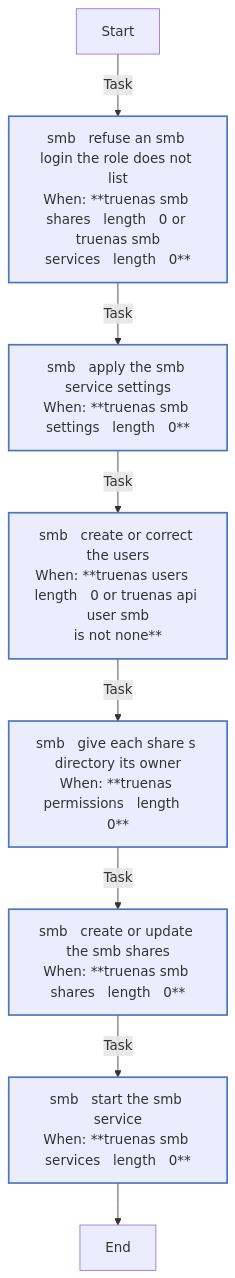
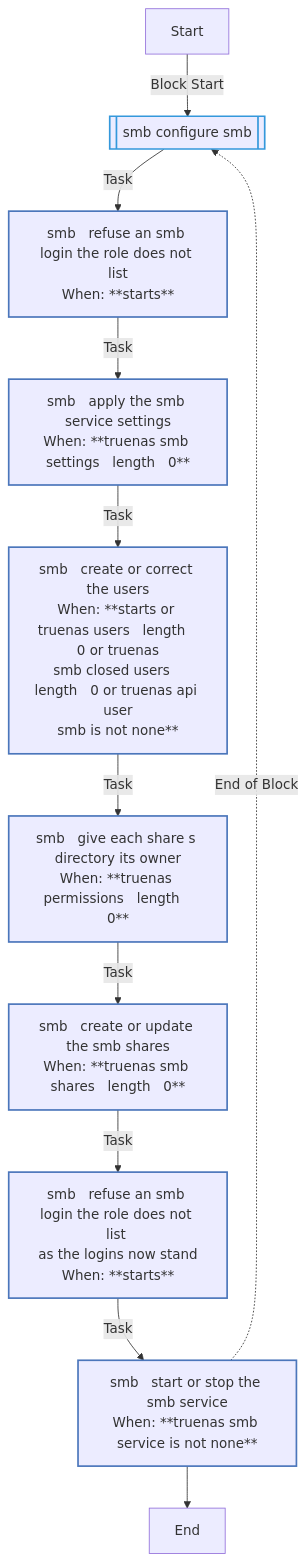
One commit to kawadeomkar/homeserver changed the ninth of 13 diagrams in roles/truenas/REFERENCE.md. Above: the diagram before and after it, drawn with Mermaid. The commit also changed other lines of this file and 14 other files, not shown here.

````diff
--- a/roles/truenas/REFERENCE.md
+++ b/roles/truenas/REFERENCE.md
@@ -1000,20 +1003,23 @@
 ```mermaid
 flowchart TD
 Start
 classDef block stroke:#3498db,stroke-width:2px;
 classDef task stroke:#4b76bb,stroke-width:2px;
 classDef includeTasks stroke:#16a085,stroke-width:2px;
 classDef importTasks stroke:#34495e,stroke-width:2px;
 classDef includeRole stroke:#2980b9,stroke-width:2px;
 classDef importRole stroke:#699ba7,stroke-width:2px;
 classDef includeVars stroke:#8e44ad,stroke-width:2px;
 classDef rescue stroke:#665352,stroke-width:2px;
 
-  Start-->|Task| smb___Refuse_an_SMB_login_the_role_does_not_list0[smb   refuse an smb login the role does not list<br>When: **truenas smb shares   length   0 or truenas smb<br>services   length   0**]:::task
+  Start-->|Block Start| smb___Configure_SMB0_block_start_0[[smb   configure smb]]:::block
+  smb___Configure_SMB0_block_start_0-->|Task| smb___Refuse_an_SMB_login_the_role_does_not_list0[smb   refuse an smb login the role does not list<br>When: **starts**]:::task
   smb___Refuse_an_SMB_login_the_role_does_not_list0-->|Task| smb___Apply_the_SMB_service_settings1[smb   apply the smb service settings<br>When: **truenas smb settings   length   0**]:::task
-  smb___Apply_the_SMB_service_settings1-->|Task| smb___Create_or_correct_the_users2[smb   create or correct the users<br>When: **truenas users   length   0 or truenas api user smb<br>is not none**]:::task
+  smb___Apply_the_SMB_service_settings1-->|Task| smb___Create_or_correct_the_users2[smb   create or correct the users<br>When: **starts or truenas users   length   0 or truenas<br>smb closed users   length   0 or truenas api user<br>smb is not none**]:::task
   smb___Create_or_correct_the_users2-->|Task| smb___Give_each_share_s_directory_its_owner3[smb   give each share s directory its owner<br>When: **truenas permissions   length   0**]:::task
   smb___Give_each_share_s_directory_its_owner3-->|Task| smb___Create_or_update_the_SMB_shares4[smb   create or update the smb shares<br>When: **truenas smb shares   length   0**]:::task
-  smb___Create_or_update_the_SMB_shares4-->|Task| smb___Start_the_SMB_service5[smb   start the smb service<br>When: **truenas smb services   length   0**]:::task
-  smb___Start_the_SMB_service5-->End
+  smb___Create_or_update_the_SMB_shares4-->|Task| smb___Refuse_an_SMB_login_the_role_does_not_list__as_the_logins_now_stand5[smb   refuse an smb login the role does not list <br>as the logins now stand<br>When: **starts**]:::task
+  smb___Refuse_an_SMB_login_the_role_does_not_list__as_the_logins_now_stand5-->|Task| smb___Start_or_stop_the_SMB_service6[smb   start or stop the smb service<br>When: **truenas smb service is not none**]:::task
+  smb___Start_or_stop_the_SMB_service6-.->|End of Block| smb___Configure_SMB0_block_start_0
+  smb___Start_or_stop_the_SMB_service6-->End
 ```
````
